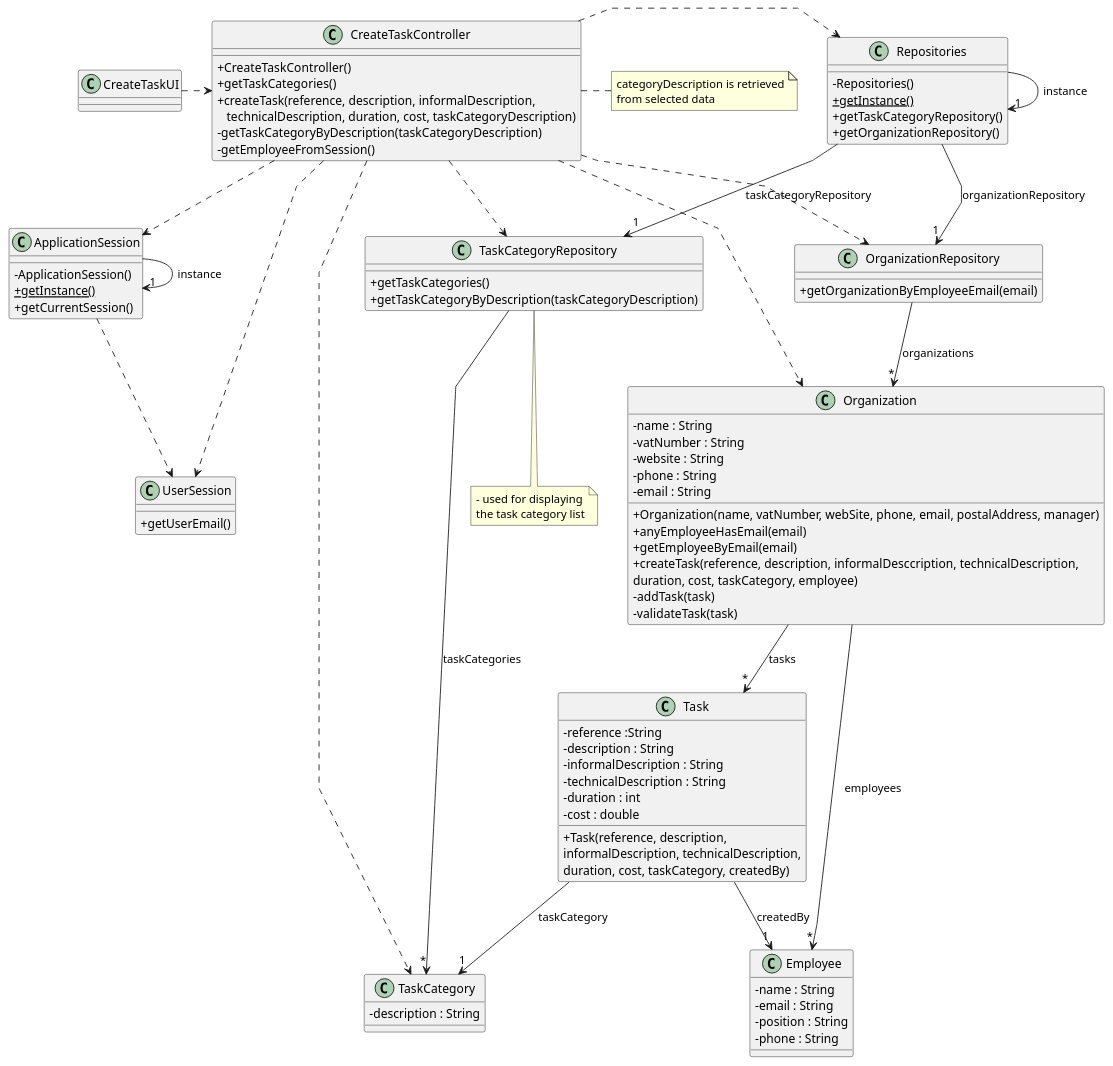
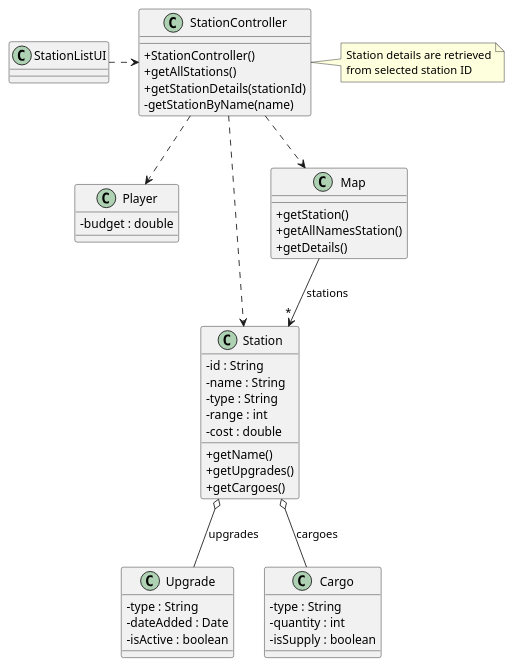
Before and after one commit to 1240826/empire-on-tracks: the diagram in docs/system-documentation/US007/03.design/puml/US007-CD.puml, drawn with PlantUML.

Commit message:
Changes to US007 Class Diagram

```diff
--- a/docs/system-documentation/US007/03.design/puml/US007-CD.puml
+++ b/docs/system-documentation/US007/03.design/puml/US007-CD.puml
@@ -1,126 +1,80 @@
 @startuml
 'skinparam monochrome true
 skinparam packageStyle rectangle
 skinparam shadowing false
 skinparam linetype polyline
 'skinparam linetype orto
 
 skinparam classAttributeIconSize 0
 
 'left to right direction
 
-class ApplicationSession
-{
-    - ApplicationSession()
-    + {static} getInstance()
-    + getCurrentSession()
+class Player {
+    - budget : double
 }
 
-class UserSession
-{
-    + getUserEmail()
+class Station {
+    - id : String
+    - name : String
+    - type : String
+    - range : int
+    - cost : double
+
+    + getName()
+    + getUpgrades()
+    + getCargoes()
 }
 
-class Employee {
-    - name : String
-    - email : String
-    - position : String
-    - phone : String
+class Upgrade {
+    - type : String
+    - dateAdded : Date
+    - isActive : boolean
 }
 
-class Task {
-    - reference :String
-    - description : String
-    - informalDescription : String
-    - technicalDescription : String
-    - duration : int
-    - cost : double
-
-    + Task(reference, description,\ninformalDescription, technicalDescription,\nduration, cost, taskCategory, createdBy)
+class Cargo {
+    - type : String
+    - quantity : int
+    - isSupply : boolean
 }
 
-class TaskCategory {
-    - description : String
+class Map {
+    + getStation()
+    + getAllNamesStation()
+    + getDetails()
 }
 
-class Organization {
-    - name : String
-    - vatNumber : String
-    - website : String
-    - phone : String
-    - email : String
 
-    + Organization(name, vatNumber, webSite, phone, email, postalAddress, manager)
-    + anyEmployeeHasEmail(email)
-    + getEmployeeByEmail(email)
-    + createTask(reference, description, informalDesccription, technicalDescription, \nduration, cost, taskCategory, employee)
-    - addTask(task)
-    - validateTask(task)
+class StationController {
+    + StationController()
+    + getAllStations()
+    + getStationDetails(stationId)
+    - getStationByName(name)
 }
 
-class TaskCategoryRepository {
-    + getTaskCategories()
-    + getTaskCategoryByDescription(taskCategoryDescription)
+note right of StationController
+    Station details are retrieved
+    from selected station ID
+end note
+
+
+
+class StationListUI {
 }
 
-class OrganizationRepository {
-    + getOrganizationByEmployeeEmail(email)
-}
+' Relationships
+StationListUI .> StationController
 
-class Repositories {
-    - Repositories()
-    + {static} getInstance()
-    + getTaskCategoryRepository()
-    + getOrganizationRepository()
-}
+StationController ..> Player
+StationController ..> Station
+StationController ..> Map
 
-class CreateTaskController {
-    + CreateTaskController()
-    + getTaskCategories()
-    + createTask(reference, description, informalDescription, \n   technicalDescription, duration, cost, taskCategoryDescription)
-    - getTaskCategoryByDescription(taskCategoryDescription)
-    - getEmployeeFromSession()
-}
 
-note right of CreateTaskController
-    categoryDescription is retrieved
-    from selected data
-end note
+Map --> "*" Station : stations
 
-note bottom of TaskCategoryRepository
-    - used for displaying
-    the task category list
-end note
 
-class CreateTaskUI {
-}
+Station  o--  Upgrade : upgrades
+Station  o--  Cargo : cargoes
 
-CreateTaskUI .> CreateTaskController
-
-CreateTaskController ..> ApplicationSession
-CreateTaskController ..> UserSession
-CreateTaskController ..> TaskCategory
-CreateTaskController ..> TaskCategoryRepository
-CreateTaskController ..> Organization
-CreateTaskController ..> OrganizationRepository
-CreateTaskController .> Repositories
-
-Repositories -> "1" Repositories : instance
-Repositories --> "1" OrganizationRepository : organizationRepository
-Repositories -> "1" TaskCategoryRepository : taskCategoryRepository
-
-ApplicationSession -> "1" ApplicationSession : instance
-ApplicationSession ..> UserSession
-
-TaskCategoryRepository --> "*" TaskCategory : taskCategories
-
-OrganizationRepository --> "*" Organization : organizations
-
-Organization --> "*" Task : tasks
-Organization --> "*" Employee : employees
-
-Task --> "1" TaskCategory : taskCategory
-Task --> "1" Employee : createdBy
 
 
 @enduml
```
